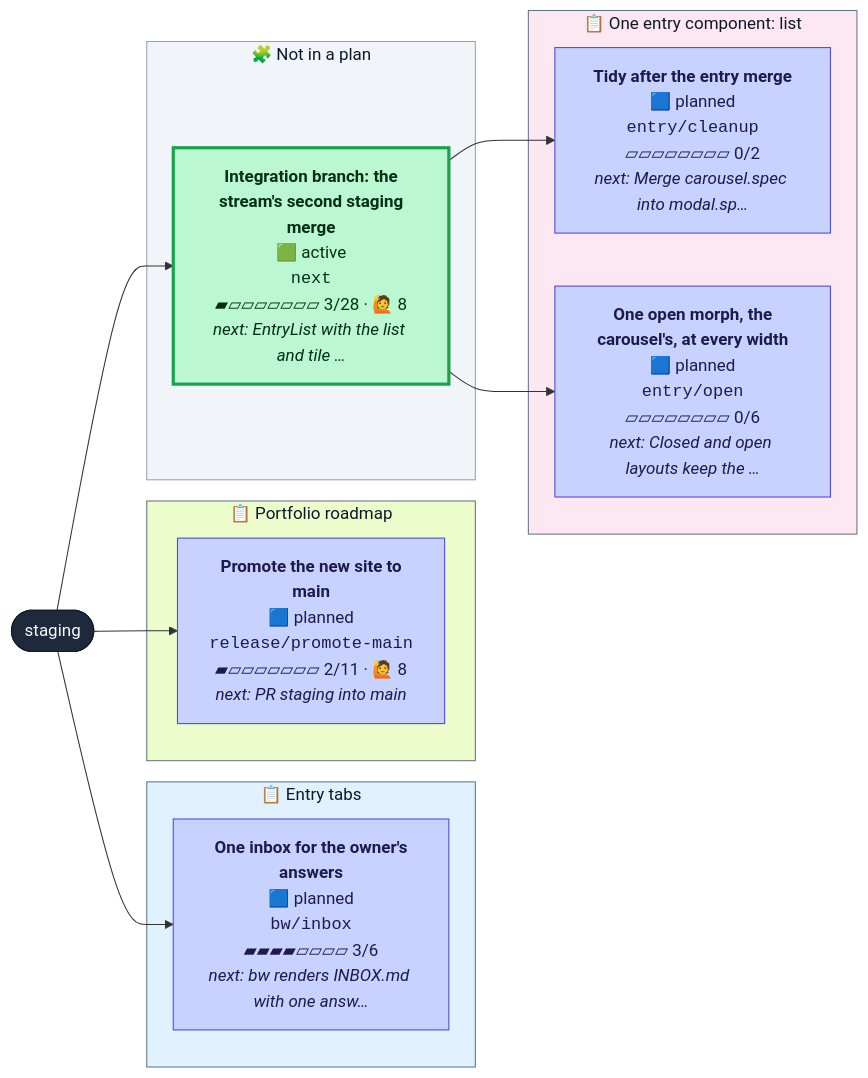
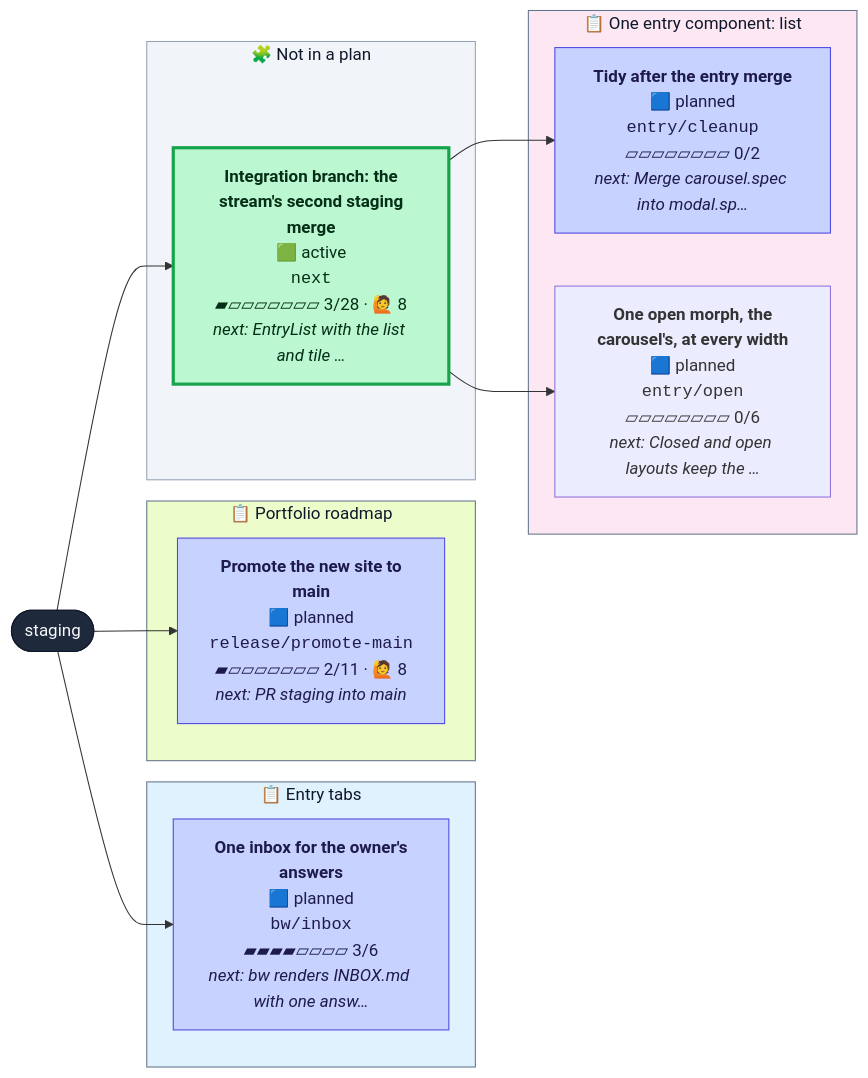
The diagram in CONTRIBUTING.md (henryjonescodes/portfolio), drawn with Mermaid before and after one commit. The commit also changed other lines of this file, not shown here.

````diff
--- a/CONTRIBUTING.md
+++ b/CONTRIBUTING.md
@@ -16,38 +16,38 @@
 ```mermaid
 flowchart LR
   n_staging([staging])
   class n_staging trunk
   subgraph plan_0["📋 Entry tabs"]
     n_bw_inbox["<b>One inbox for the owner's<br/>answers</b><br/>🟦 planned<br/><code>bw/inbox</code><br/>▰▰▰▰▱▱▱▱ 3/6<br/><i>next: bw renders INBOX.md with one answ…</i>"]
     class n_bw_inbox planned
   end
   style plan_0 fill:#e0f2fe,stroke:#64748b,color:#0f172a
   subgraph plan_1["📋 One entry component: list"]
     n_entry_cleanup["<b>Tidy after the entry merge</b><br/>🟦 planned<br/><code>entry/cleanup</code><br/>▱▱▱▱▱▱▱▱ 0/2<br/><i>next: Merge carousel.spec into modal.sp…</i>"]
     class n_entry_cleanup planned
     n_entry_open["<b>One open morph, the<br/>carousel's, at every width</b><br/>🟦 planned<br/><code>entry/open</code><br/>▱▱▱▱▱▱▱▱ 0/6<br/><i>next: Closed and open layouts keep the …</i>"]
-    class n_entry_open planned
+    class n_entry_open planned,current
   end
   style plan_1 fill:#fce7f3,stroke:#64748b,color:#0f172a
   subgraph plan_2["📋 Portfolio roadmap"]
     n_release_promote_main["<b>Promote the new site to<br/>main</b><br/>🟦 planned<br/><code>release/promote-main</code><br/>▰▱▱▱▱▱▱▱ 2/11 · 🙋 8<br/><i>next: PR staging into main</i>"]
     class n_release_promote_main planned
   end
   style plan_2 fill:#ecfccb,stroke:#64748b,color:#0f172a
   subgraph loose["🧩 Not in a plan"]
     n_next["<b>Integration branch: the<br/>stream's second staging<br/>merge</b><br/>🟩 active<br/><code>next</code><br/>▰▱▱▱▱▱▱▱ 3/28 · 🙋 8<br/><i>next: EntryList with the list and tile …</i>"]
     class n_next active
   end
   style loose fill:#f1f5f9,stroke:#94a3b8,color:#0f172a
   n_staging --> n_bw_inbox
   n_next --> n_entry_cleanup
   n_next --> n_entry_open
   n_staging --> n_next
   n_staging --> n_release_promote_main
   classDef planned fill:#c7d2fe,stroke:#4f46e5,color:#1e1b4b
   classDef active fill:#bbf7d0,stroke:#16a34a,stroke-width:3px,color:#052e16
   classDef review fill:#fde68a,stroke:#d97706,stroke-width:3px,color:#451a03
   classDef blocked fill:#fecaca,stroke:#dc2626,stroke-width:3px,color:#450a0a
   classDef trunk fill:#1e293b,stroke:#0f172a,color:#f8fafc
   classDef current stroke:#0ea5e9,stroke-width:5px
 ```
````
